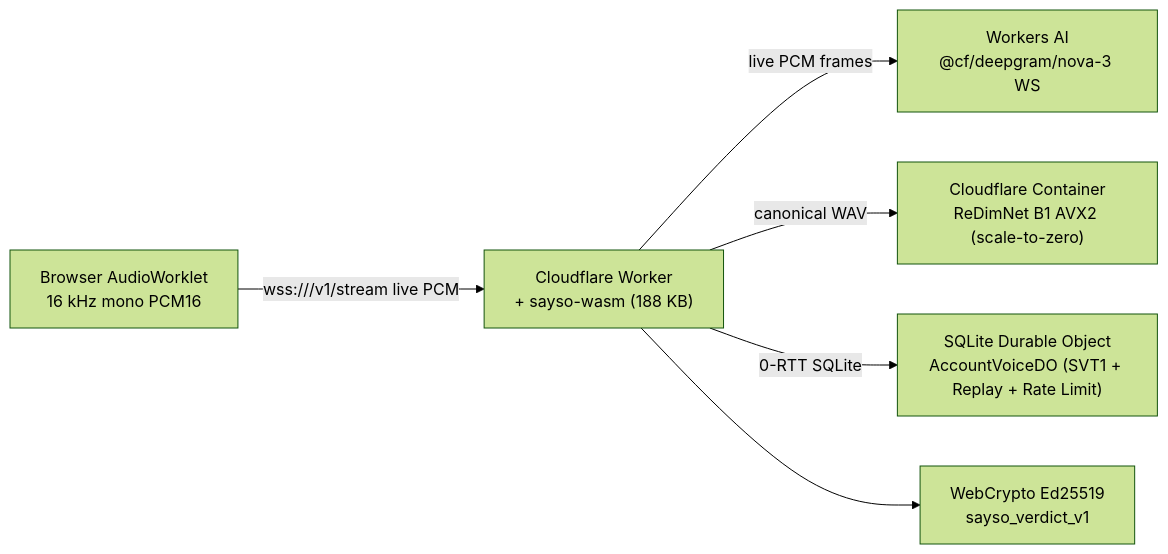
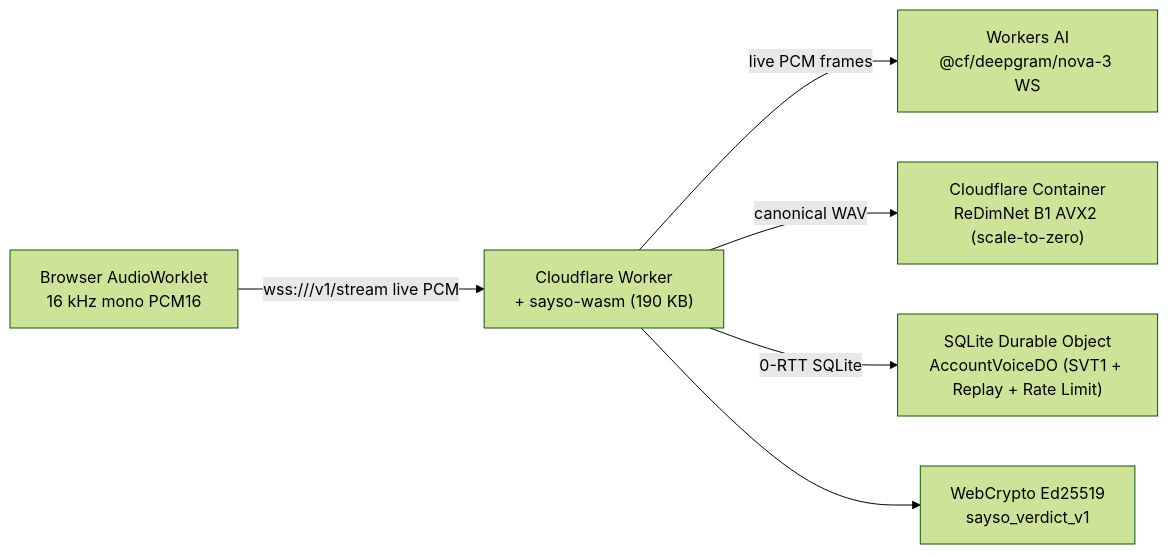
The diagram in README.md (seams-tech/say-so), drawn with Mermaid (forest theme) before and after one commit. The commit also changed other lines of this file and 9 other files, not shown here.

````diff
--- a/README.md
+++ b/README.md
@@ -13,15 +13,15 @@
 ```mermaid
 flowchart LR
   Mic["Browser AudioWorklet<br/>16 kHz mono PCM16"]
-  Worker["Cloudflare Worker<br/>+ sayso-wasm (188 KB)"]
+  Worker["Cloudflare Worker<br/>+ sayso-wasm (190 KB)"]
   Nova["Workers AI<br/>@cf/deepgram/nova-3 WS"]
   Speaker["Cloudflare Container<br/>ReDimNet B1 AVX2 (scale-to-zero)"]
   DO["SQLite Durable Object<br/>AccountVoiceDO (SVT1 + Replay + Rate Limit)"]
   Sign["WebCrypto Ed25519<br/>sayso_verdict_v1"]
 
   Mic -->|"wss:///v1/stream live PCM"| Worker
   Worker -->|"live PCM frames"| Nova
   Worker -->|"canonical WAV"| Speaker
   Worker -->|"0-RTT SQLite"| DO
   Worker --> Sign
 ```
````
